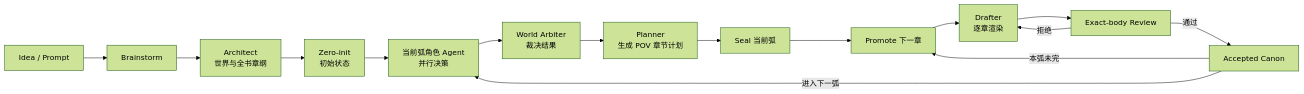
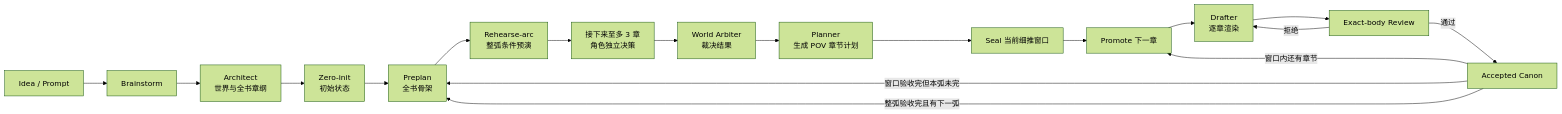
The diagram in README.md (Xiaoyangy/novel-studio), drawn with Mermaid (forest theme) before and after one commit. The commit also changed other lines of this file and 1 other file, not shown here.

Commit message:
docs: describe arc rehearsals and three-chapter delivery windows

````diff
--- a/README.md
+++ b/README.md
@@ -155,17 +155,20 @@
 ```mermaid
 flowchart LR
     I["Idea / Prompt"] --> B["Brainstorm"]
     B --> A["Architect<br/>世界与全书章纲"]
     A --> Z["Zero-init<br/>初始状态"]
-    Z --> C["当前弧角色 Agent<br/>并行决策"]
+    Z --> F["Preplan<br/>全书骨架"]
+    F --> H["Rehearse-arc<br/>整弧条件预演"]
+    H --> C["接下来至多 3 章<br/>角色独立决策"]
     C --> W["World Arbiter<br/>裁决结果"]
     W --> P["Planner<br/>生成 POV 章节计划"]
-    P --> S["Seal 当前弧"]
+    P --> S["Seal 当前细推窗口"]
     S --> M["Promote 下一章"]
     M --> D["Drafter<br/>逐章渲染"]
     D --> R["Exact-body Review"]
     R -->|通过| K["Accepted Canon"]
     R -->|拒绝| D
-    K -->|本弧未完| M
-    K -->|进入下一弧| C
+    K -->|窗口内还有章节| M
+    K -->|窗口验收完但本弧未完| F
+    K -->|整弧验收完且有下一弧| F
 ```
````
